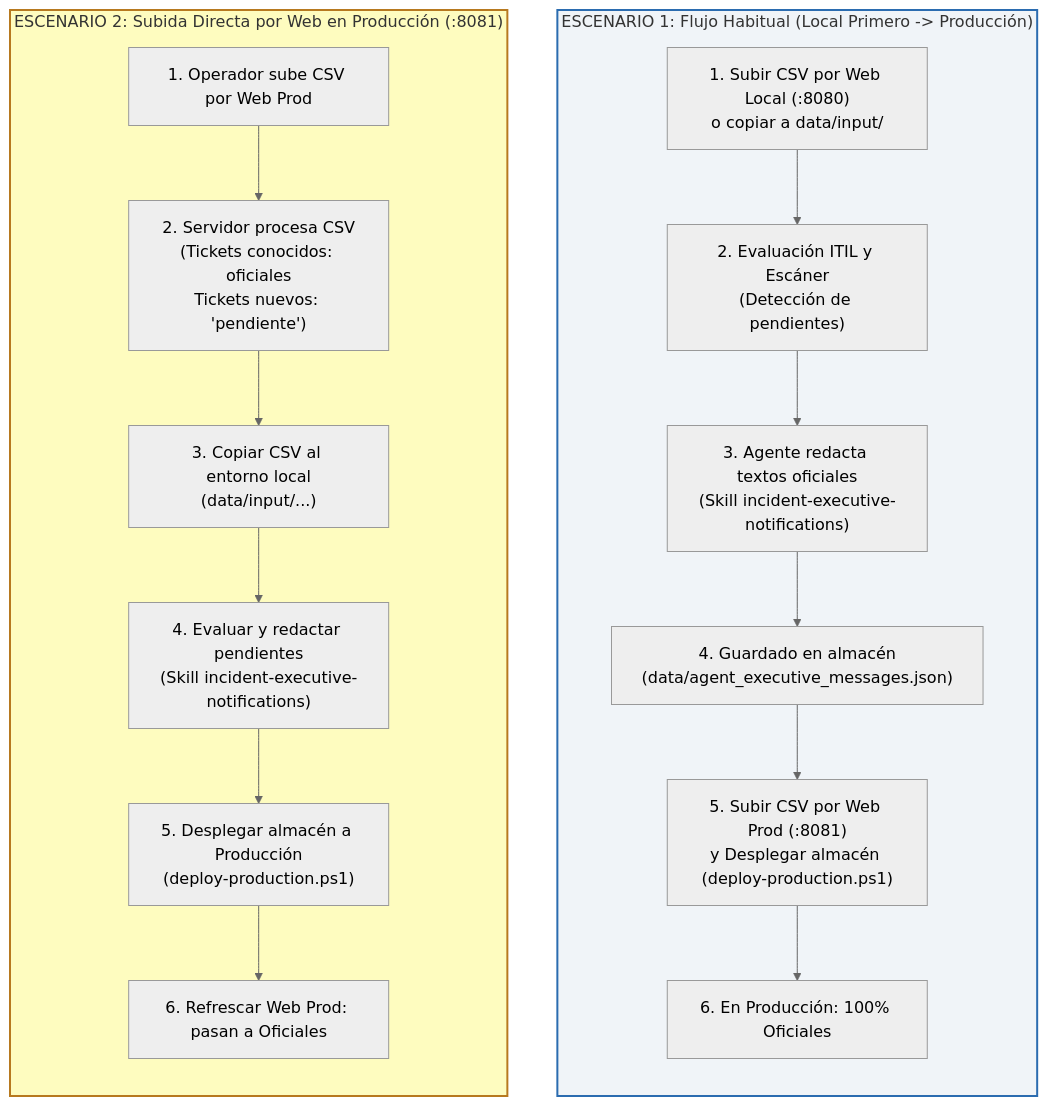
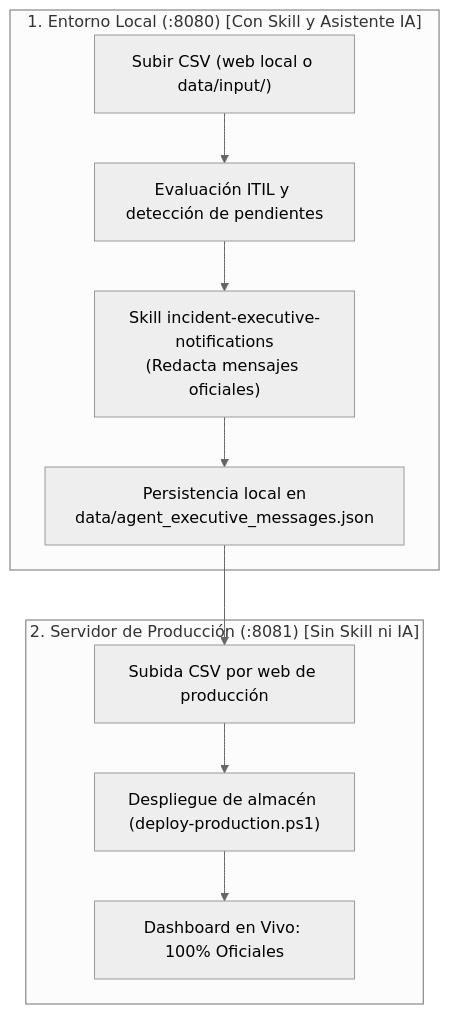
The first of 2 diagrams in docs/INCIDENT-EXECUTIVE-NOTIFICATIONS-WORKFLOW.md (jfdelafuente/release-dashboard-application), drawn with Mermaid (neutral theme) before and after one commit. The commit also changed other lines of this file, not shown here.

Commit message:
docs: clarificar en el Escenario 2 que la skill opera exclusivamente en entorno local y no existe en produccion

````diff
--- a/docs/INCIDENT-EXECUTIVE-NOTIFICATIONS-WORKFLOW.md
+++ b/docs/INCIDENT-EXECUTIVE-NOTIFICATIONS-WORKFLOW.md
@@ -23,23 +25,13 @@
 ```mermaid
 flowchart TD
-    subgraph ESCENARIO_1["ESCENARIO 1: Flujo Habitual (Local Primero -> Producción)"]
-        direction TB
-        E1_A["1. Subir CSV por Web Local (:8080)<br/>o copiar a data/input/"] --> E1_B["2. Evaluación ITIL y Escáner<br/>(Detección de pendientes)"]
-        E1_B --> E1_C["3. Agente redacta textos oficiales<br/>(Skill incident-executive-notifications)"]
-        E1_C --> E1_D["4. Guardado en almacén<br/>(data/agent_executive_messages.json)"]
-        E1_D --> E1_E["5. Subir CSV por Web Prod (:8081)<br/>y Desplegar almacén (deploy-production.ps1)"]
-        E1_E --> E1_F["6. En Producción: 100% Oficiales"]
+    subgraph E1_LOCAL["1. Entorno Local (:8080) [Con Skill y Asistente IA]"]
+        E1_A["Subir CSV (web local o data/input/)"] --> E1_B["Evaluación ITIL y detección de pendientes"]
+        E1_B --> E1_C["Skill incident-executive-notifications<br/>(Redacta mensajes oficiales)"]
+        E1_C --> E1_D["Persistencia local en<br/>data/agent_executive_messages.json"]
     end
-
-    subgraph ESCENARIO_2["ESCENARIO 2: Subida Directa por Web en Producción (:8081)"]
-        direction TB
-        E2_A["1. Operador sube CSV por Web Prod"] --> E2_B["2. Servidor procesa CSV<br/>(Tickets conocidos: oficiales<br/>Tickets nuevos: 'pendiente')"]
-        E2_B --> E2_C["3. Copiar CSV al entorno local<br/>(data/input/...)"]
-        E2_C --> E2_D["4. Evaluar y redactar pendientes<br/>(Skill incident-executive-notifications)"]
-        E2_D --> E2_E["5. Desplegar almacén a Producción<br/>(deploy-production.ps1)"]
-        E2_E --> E2_F["6. Refrescar Web Prod: pasan a Oficiales"]
+    subgraph E1_PROD["2. Servidor de Producción (:8081) [Sin Skill ni IA]"]
+        E1_E["Subida CSV por web de producción"] --> E1_F["Despliegue de almacén (deploy-production.ps1)"]
+        E1_F --> E1_G["Dashboard en Vivo: 100% Oficiales"]
     end
-
-    style ESCENARIO_1 fill:#f0f4f8,stroke:#2b6cb0,stroke-width:2px
-    style ESCENARIO_2 fill:#fefcbf,stroke:#b7791f,stroke-width:2px
+    E1_D --> E1_E
 ```
````
